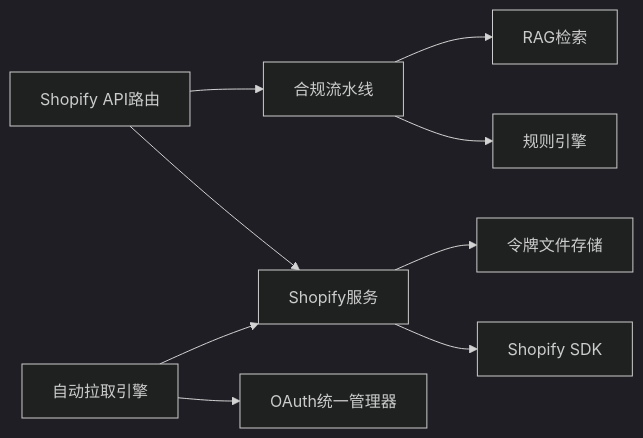
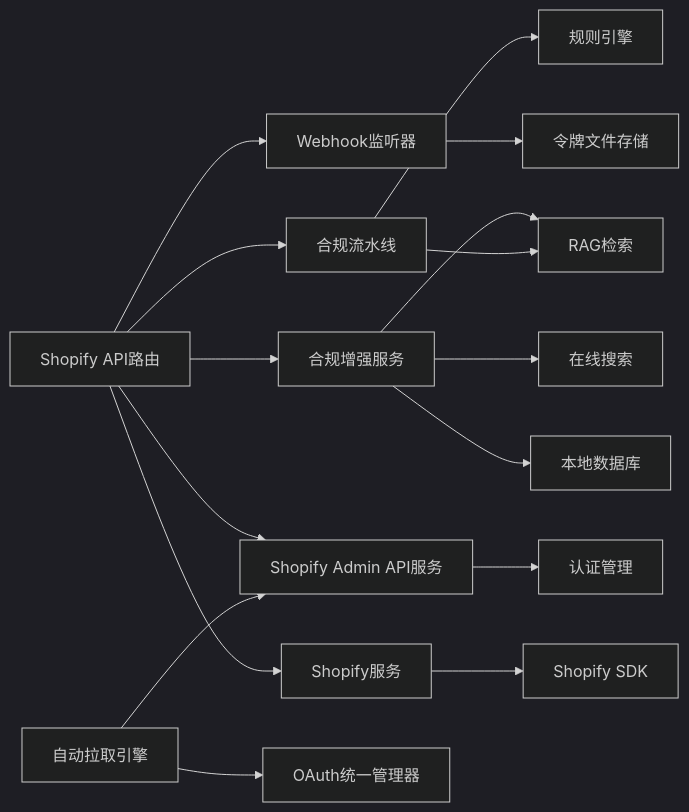
The seventh of 7 diagrams in .qoder/repowiki/zh/content/集成与扩展/Shopify集成.md (angledick/-), drawn with Mermaid (dark theme) before and after one commit. The commit also changed other lines of this file and 313 other files, not shown here.

````diff
--- a/.qoder/repowiki/zh/content/集成与扩展/Shopify集成.md
+++ b/.qoder/repowiki/zh/content/集成与扩展/Shopify集成.md
@@ -315,11 +341,18 @@
 ```mermaid
 graph LR
 API["Shopify API路由"] --> SVC["Shopify服务"]
+API --> COMP_ENR["合规增强服务"]
+API --> API_SVC["Shopify Admin API服务"]
+API --> LISTENER["Webhook监听器"]
 API --> COM["合规流水线"]
 SVC --> SDK["Shopify SDK"]
-SVC --> TOK["令牌文件存储"]
+API_SVC --> AUTH["认证管理"]
+COMP_ENR --> LOCAL_DB["本地数据库"]
+COMP_ENR --> RAG["RAG检索"]
+COMP_ENR --> ONLINE["在线搜索"]
+LISTENER --> TOK["令牌文件存储"]
 ENG["自动拉取引擎"] --> OAUTH["OAuth统一管理器"]
-ENG --> SVC
+ENG --> API_SVC
 COM --> RULE["规则引擎"]
-COM --> RAG["RAG检索"]
+COM --> RAG
 ```
````
